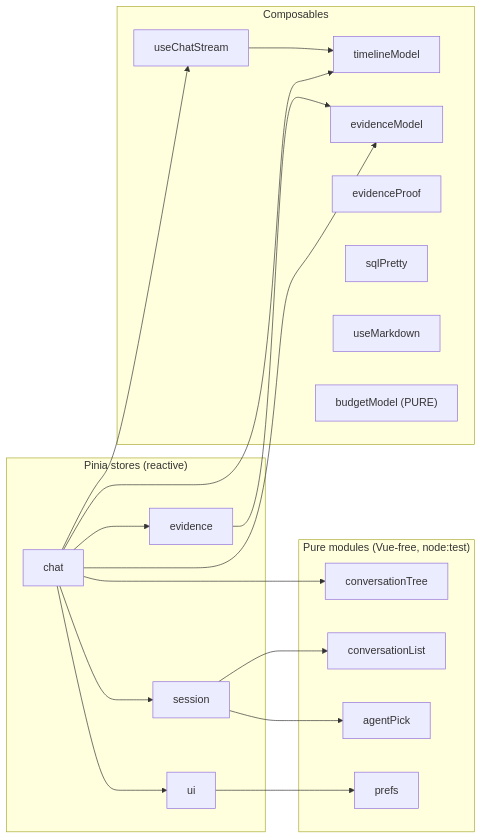
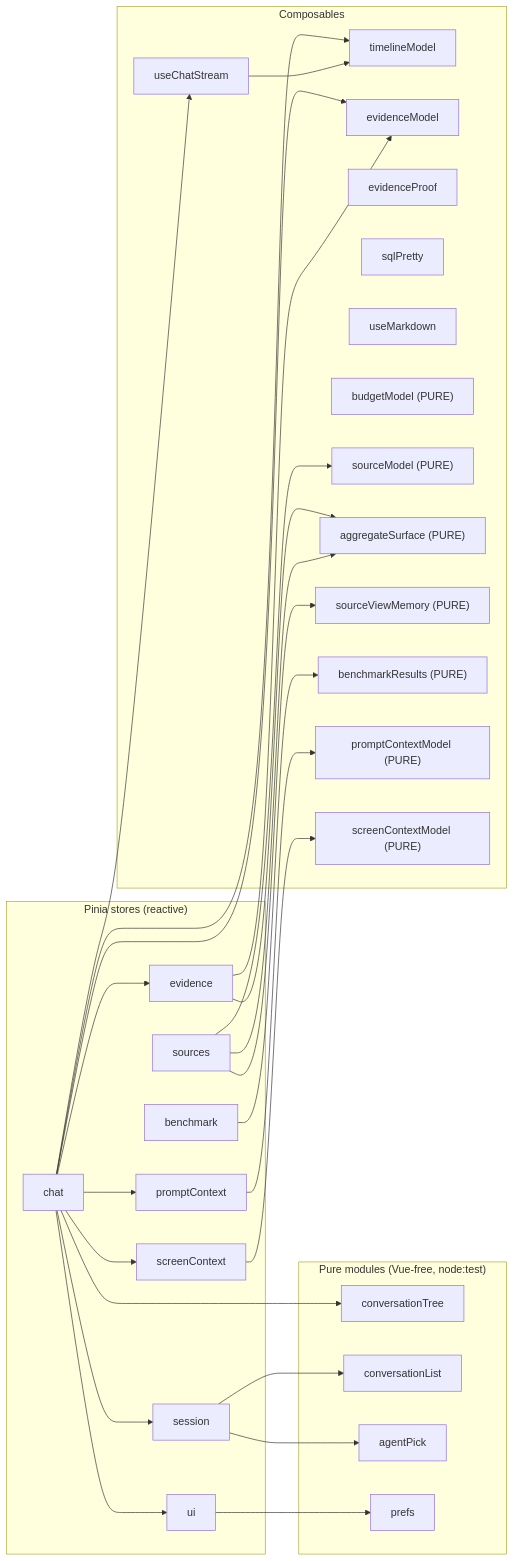
One commit to SAIDCHAOUI/owismind-system changed the first of 2 diagrams in project-documentation/03-frontend/02-state-and-stores.md. Above: the diagram before and after it, drawn with Mermaid. The commit also changed other lines of this file and 55 other files, not shown here.

````diff
--- a/project-documentation/03-frontend/02-state-and-stores.md
+++ b/project-documentation/03-frontend/02-state-and-stores.md
@@ -39,36 +47,55 @@
 ```mermaid
 flowchart LR
   subgraph stores["Pinia stores (reactive)"]
     chat["chat"]
     session["session"]
     evidence["evidence"]
     ui["ui"]
+    sources["sources"]
+    benchmark["benchmark"]
+    promptCtx["promptContext"]
+    screenCtx["screenContext"]
   end
   subgraph pure["Pure modules (Vue-free, node:test)"]
     tree["conversationTree"]
     list["conversationList"]
     apick["agentPick"]
     prefs["prefs"]
   end
   subgraph comp["Composables"]
     stream["useChatStream"]
     tmodel["timelineModel"]
     emodel["evidenceModel"]
     eproof["evidenceProof"]
     sql["sqlPretty"]
     md["useMarkdown"]
     budget["budgetModel (PURE)"]
+    srcm["sourceModel (PURE)"]
+    aggs["aggregateSurface (PURE)"]
+    svm["sourceViewMemory (PURE)"]
+    benm["benchmarkResults (PURE)"]
+    pcm["promptContextModel (PURE)"]
+    scm["screenContextModel (PURE)"]
   end
   chat --> tree
   chat --> stream
   chat --> tmodel
   chat --> emodel
   chat --> session
   chat --> evidence
   chat --> ui
+  chat --> promptCtx
+  chat --> screenCtx
   session --> list
   session --> apick
   evidence --> emodel
+  evidence --> aggs
   ui --> prefs
   stream --> tmodel
+  sources --> srcm
+  sources --> aggs
+  sources --> svm
+  benchmark --> benm
+  promptCtx --> pcm
+  screenCtx --> scm
 ```
````
